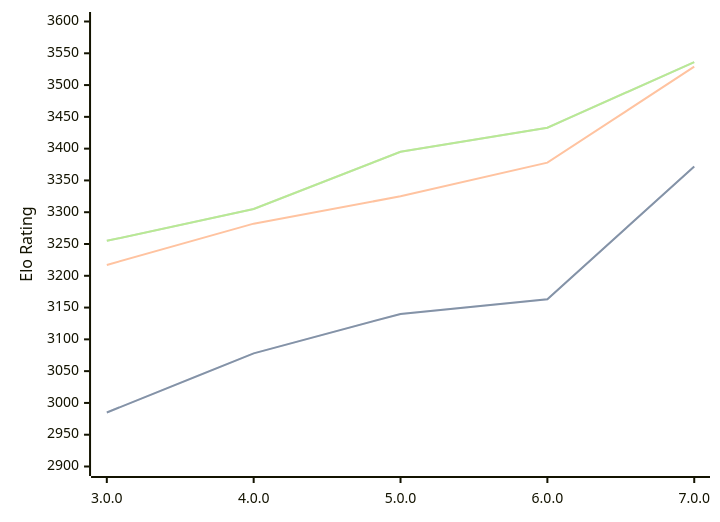
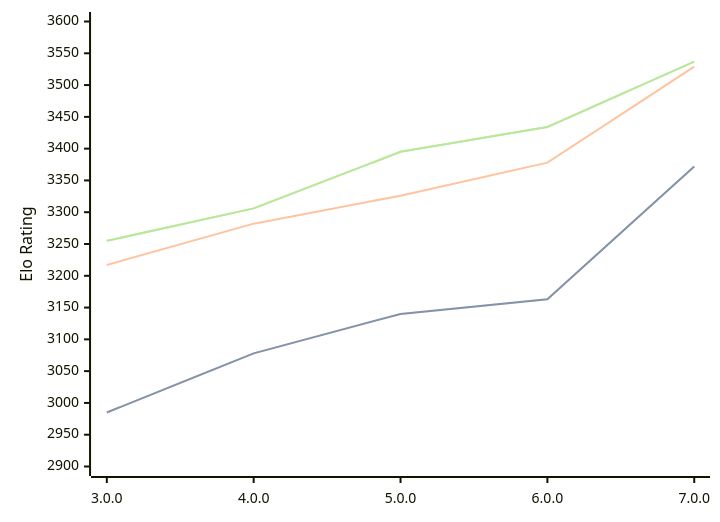
One commit to computer-chess-index/cci changed the diagram in engines/Minke.md. Above: the diagram before and after it, drawn with Mermaid. The commit also changed other lines of this file, not shown here.

Commit message:
Update CCI Ratings (ELO VLTC) - 2026-09-27

````diff
--- a/engines/Minke.md
+++ b/engines/Minke.md
@@ -35,11 +35,11 @@
 ```mermaid
 %%{init: {"theme":"base","themeVariables":{"seriesColors:['#a3a3a3','#222221','#faa371']}}}%%
 xychart-beta
   x-axis ["3.0.0", "4.0.0", "5.0.0", "6.0.0", "7.0.0"]
   y-axis "Elo Rating" 2900 --> 3600
   line "" [2985, 3078, 3140, 3163, 3372]
   line "STC (8.0+0.08s)" [2985, 3078, 3140, 3163, 3372]
-  line "LTC (60.0+0.60s)" [3217, 3282, 3325, 3378, 3529]
-  line "" [3255, 3305, 3395, 3433, 3536]
-  line "VLTC (2m24s+1.12s)" [3255, 3305, 3395, 3433, 3536]
+  line "LTC (60.0+0.60s)" [3217, 3282, 3326, 3378, 3529]
+  line "" [3255, 3306, 3395, 3434, 3537]
+  line "VLTC (2m24s+1.12s)" [3255, 3306, 3395, 3434, 3537]
 ```
````
